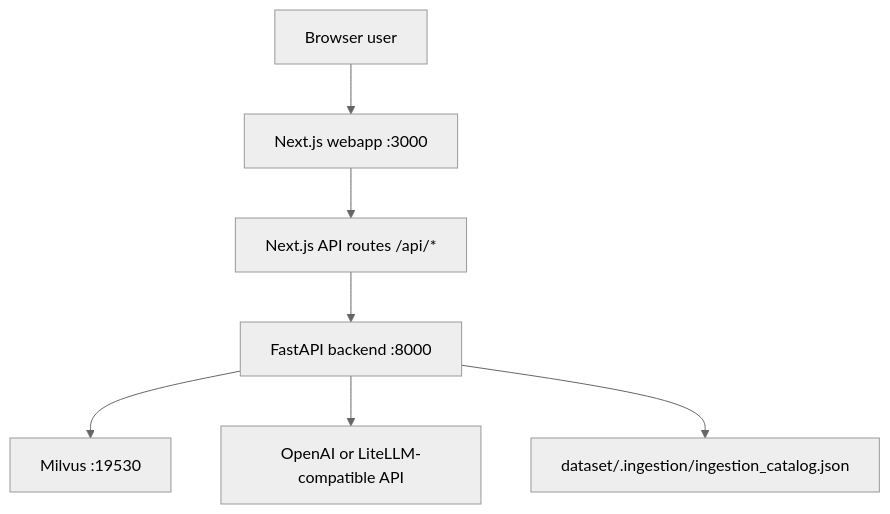
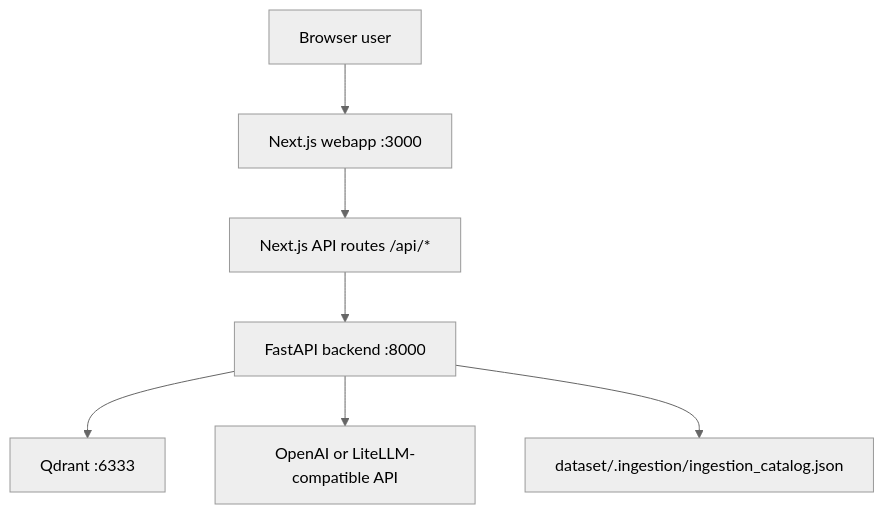
One commit to manishfromlko/Prism changed the diagram in docs/01-GETTING-STARTED.md. Above: the diagram before and after it, drawn with Mermaid (neutral theme). The commit also changed other lines of this file and 66 other files, not shown here.

Commit message:
Migrating from Milvus to Qdrant backend db

````diff
--- a/docs/01-GETTING-STARTED.md
+++ b/docs/01-GETTING-STARTED.md
@@ -19,9 +19,9 @@
 ```mermaid
 flowchart TB
     user["Browser user"] --> next["Next.js webapp :3000"]
     next --> routes["Next.js API routes /api/*"]
     routes --> fastapi["FastAPI backend :8000"]
-    fastapi --> milvus["Milvus :19530"]
+    fastapi --> qdrant["Qdrant :6333"]
     fastapi --> openai["OpenAI or LiteLLM-compatible API"]
     fastapi --> catalog["dataset/.ingestion/ingestion_catalog.json"]
 ```
````
